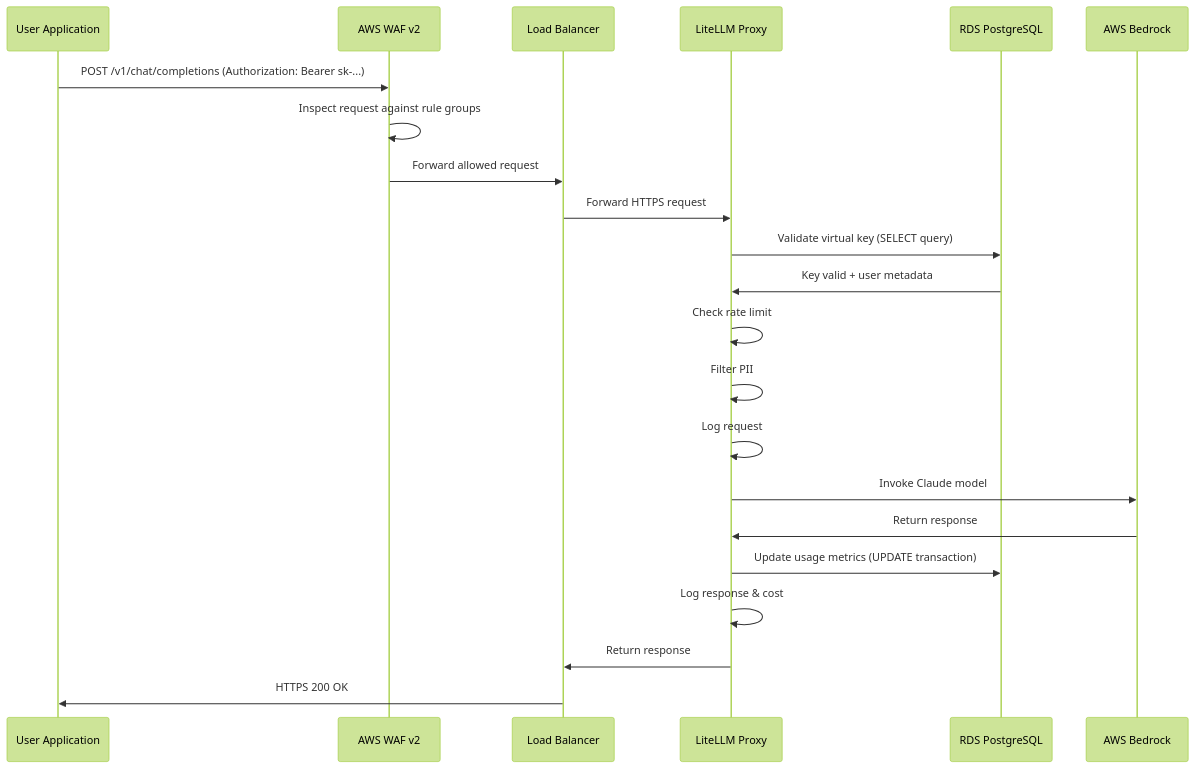
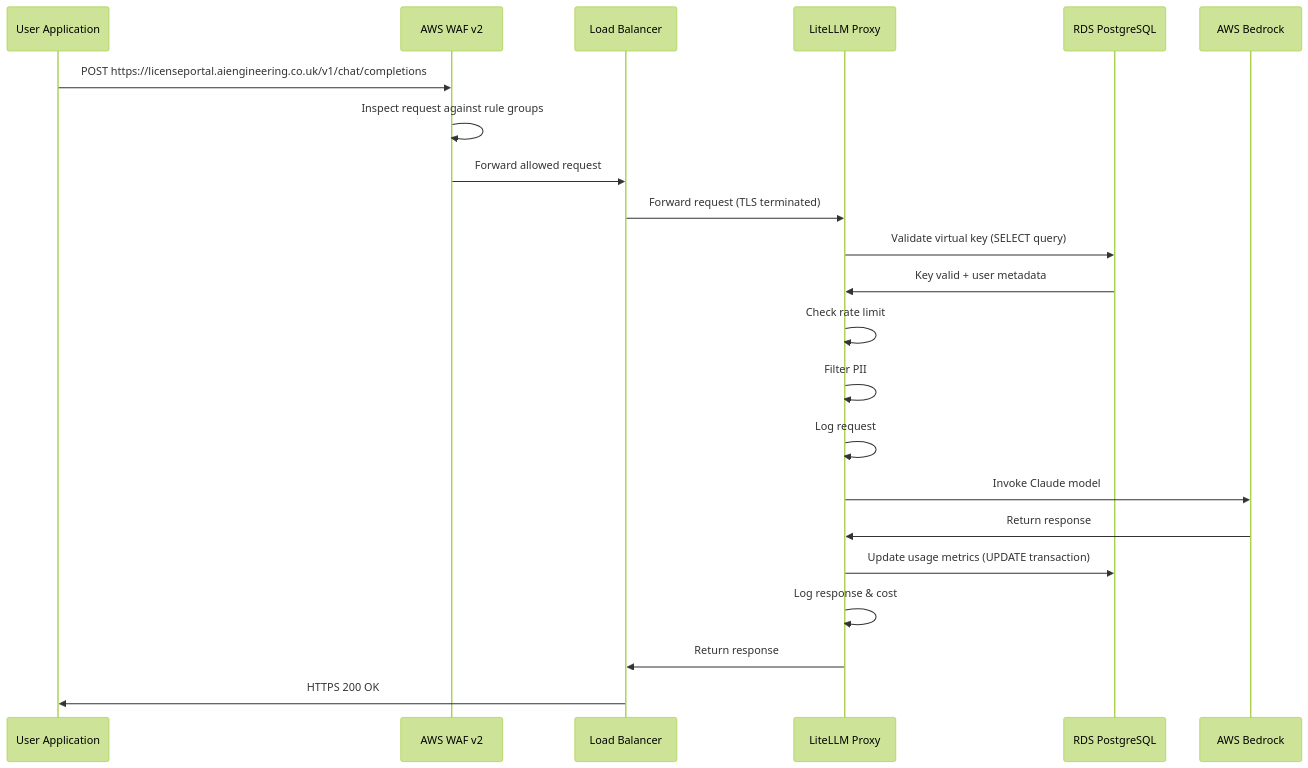
One commit to philbywater-version1/dsit-litellm-infra changed the second of 2 diagrams in docs/LiteLLM-LLD.md. Above: the diagram before and after it, drawn with Mermaid (forest theme). The commit also changed other lines of this file, not shown here.

````diff
--- a/docs/LiteLLM-LLD.md
+++ b/docs/LiteLLM-LLD.md
@@ -573,25 +604,25 @@
 ```mermaid
 sequenceDiagram
     participant User as User Application
     participant WAF as AWS WAF v2
     participant ALB as Load Balancer
     participant LiteLLM as LiteLLM Proxy
     participant RDS as RDS PostgreSQL
     participant Bedrock as AWS Bedrock
     
-    User->>WAF: POST /v1/chat/completions (Authorization: Bearer sk-...)
+    User->>WAF: POST https://licenseportal.aiengineering.co.uk/v1/chat/completions
     WAF->>WAF: Inspect request against rule groups
     WAF->>ALB: Forward allowed request
-    ALB->>LiteLLM: Forward HTTPS request
+    ALB->>LiteLLM: Forward request (TLS terminated)
     LiteLLM->>RDS: Validate virtual key (SELECT query)
     RDS->>LiteLLM: Key valid + user metadata
     LiteLLM->>LiteLLM: Check rate limit
     LiteLLM->>LiteLLM: Filter PII
     LiteLLM->>LiteLLM: Log request
     LiteLLM->>Bedrock: Invoke Claude model
     Bedrock->>LiteLLM: Return response
     LiteLLM->>RDS: Update usage metrics (UPDATE transaction)
     LiteLLM->>LiteLLM: Log response & cost
     LiteLLM->>ALB: Return response
     ALB->>User: HTTPS 200 OK
 ```
````
